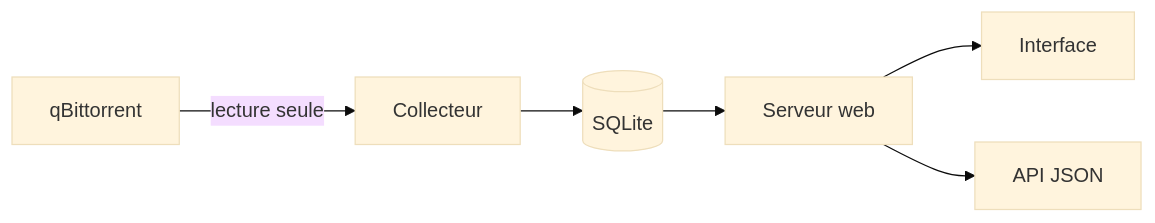
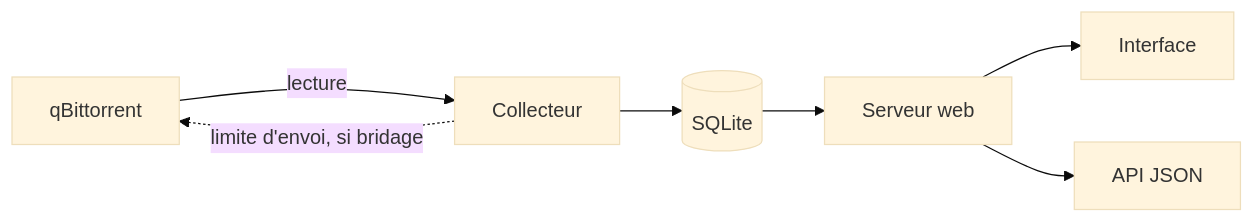
The diagram in README.md (GraberThomas/seedscope), drawn with Mermaid (base theme) before and after one commit. The commit also changed other lines of this file and 11 other files, not shown here.

````diff
--- a/README.md
+++ b/README.md
@@ -238,8 +257,9 @@
 ```mermaid
 flowchart LR
-    Q[qBittorrent] -- lecture seule --> C[Collecteur]
+    Q[qBittorrent] -- lecture --> C[Collecteur]
+    C -.->|"limite d'envoi, si bridage"| Q
     C --> D[(SQLite)]
     D --> W[Serveur web]
     W --> I[Interface]
     W --> A[API JSON]
 ```
````
